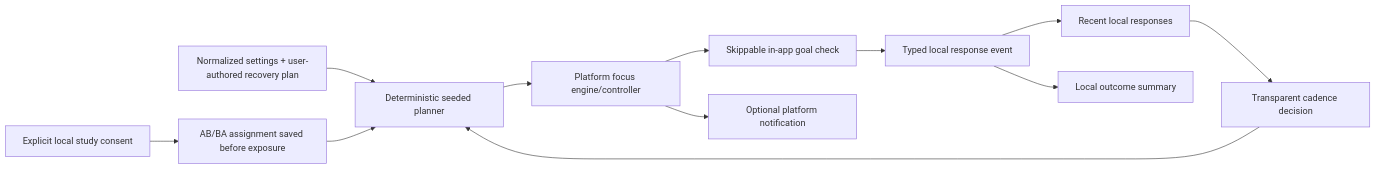
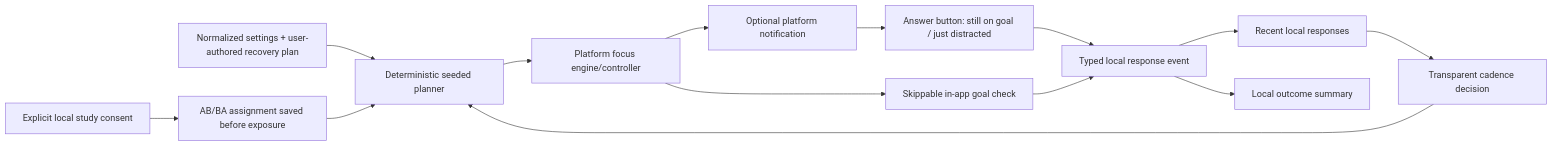
The diagram in docs/ARCHITECTURE.md (son-gladyso/random-cue-focus), drawn with Mermaid before and after one commit. The commit also changed other lines of this file and 36 other files, not shown here.

First line of the commit message:
feat: answer goal checks from notification buttons

````diff
--- a/docs/ARCHITECTURE.md
+++ b/docs/ARCHITECTURE.md
@@ -13,14 +13,16 @@
 ```mermaid
 flowchart LR
   S["Normalized settings + user-authored recovery plan"] --> P["Deterministic seeded planner"]
   H["Recent local responses"] --> A["Transparent cadence decision"]
   A --> P
   C["Explicit local study consent"] --> X["AB/BA assignment saved before exposure"]
   X --> P
   P --> E["Platform focus engine/controller"]
   E --> U["Skippable in-app goal check"]
   E --> N["Optional platform notification"]
+  N --> B["Answer button: still on goal / just distracted"]
+  B --> R
   U --> R["Typed local response event"]
   R --> H
   R --> M["Local outcome summary"]
 ```
````
